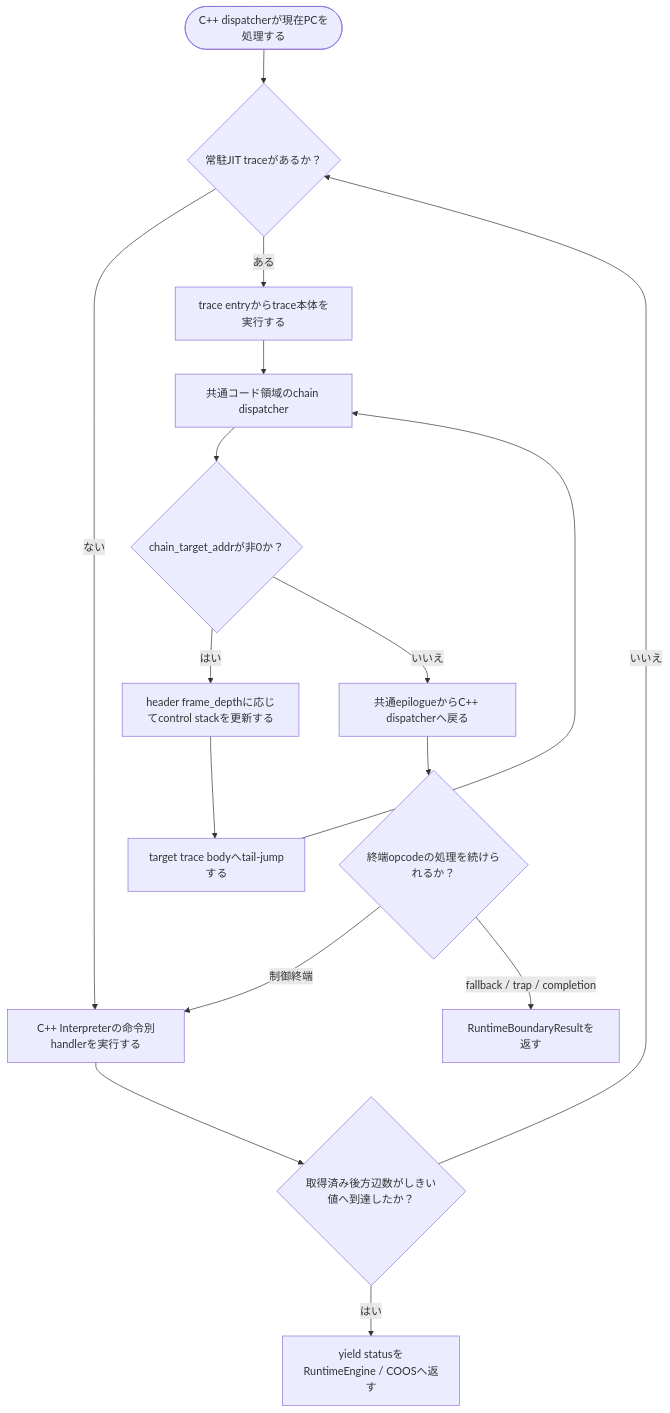
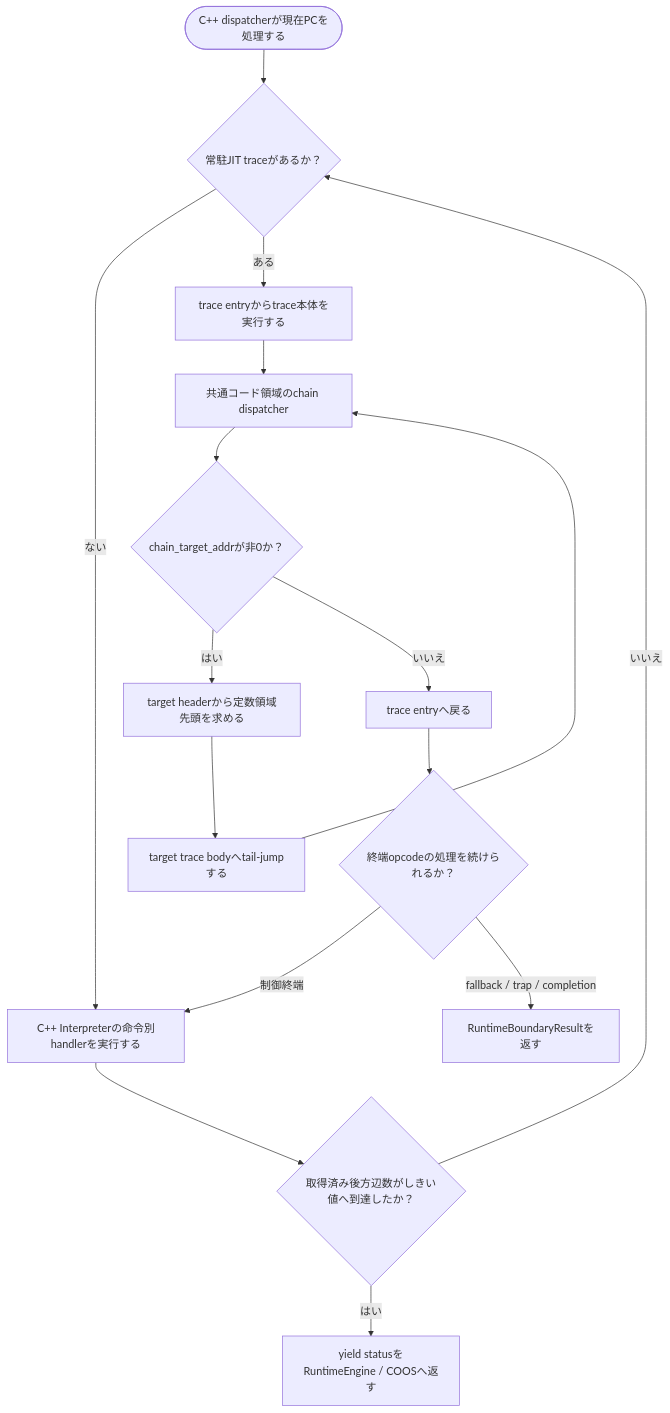
Before and after one commit to kmt-t/fireball: the sixth of 6 diagrams in docs/components/tier3_plugins/jit_runtime.md, drawn with Mermaid. The commit also changed other lines of this file and 109 other files, not shown here.

````diff
--- a/docs/components/tier3_plugins/jit_runtime.md
+++ b/docs/components/tier3_plugins/jit_runtime.md
@@ -333,18 +321,18 @@
 ```mermaid
 flowchart TD
     Start(["C++ dispatcherが現在PCを処理する"]) --> Lookup{"常駐JIT traceがあるか？"}
     Lookup -- "ない" --> Handler["C++ Interpreterの命令別handlerを実行する"]
     Lookup -- "ある" --> Entry["trace entryからtrace本体を実行する"]
     Entry --> Chain["共通コード領域のchain dispatcher"]
     Chain --> Target{"chain_target_addrが非0か？"}
-    Target -- "はい" --> Depth["header frame_depthに応じてcontrol stackを更新する"]
-    Depth --> Body["target trace bodyへtail-jumpする"]
+    Target -- "はい" --> Rel["target headerから定数領域先頭を求める"]
+    Rel --> Body["target trace bodyへtail-jumpする"]
     Body --> Chain
-    Target -- "いいえ" --> Epilogue["共通epilogueからC++ dispatcherへ戻る"]
-    Epilogue --> Terminator{"終端opcodeの処理を続けられるか？"}
+    Target -- "いいえ" --> Return["trace entryへ戻る"]
+    Return --> Terminator{"終端opcodeの処理を続けられるか？"}
     Terminator -- "制御終端" --> Handler
     Terminator -- "fallback / trap / completion" --> Boundary["RuntimeBoundaryResultを返す"]
     Handler --> Backedge{"取得済み後方辺数がしきい値へ到達したか？"}
     Backedge -- "はい" --> Yield["yield statusをRuntimeEngine / COOSへ返す"]
     Backedge -- "いいえ" --> Lookup
 ```
````
